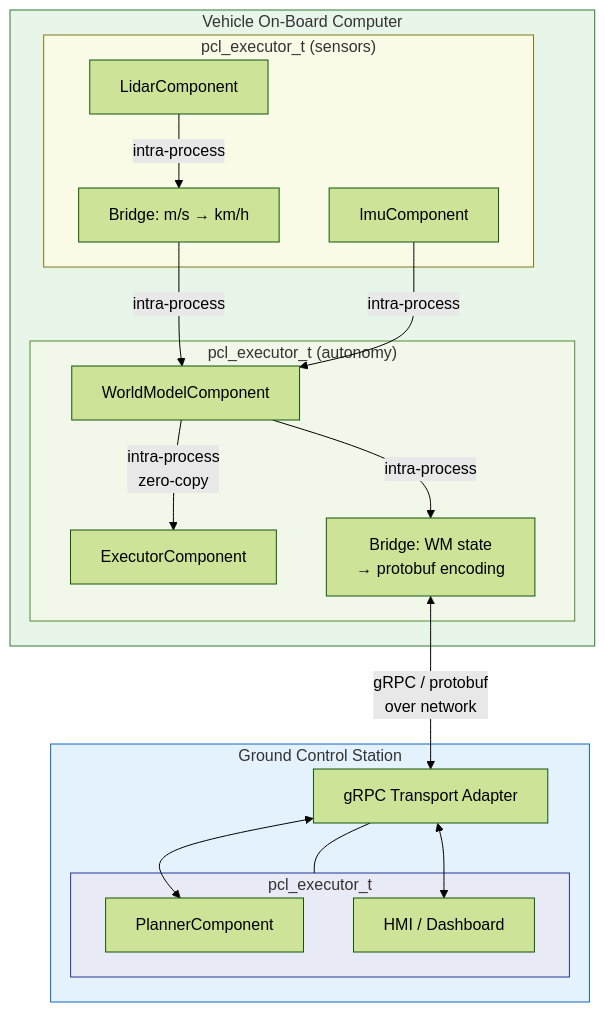
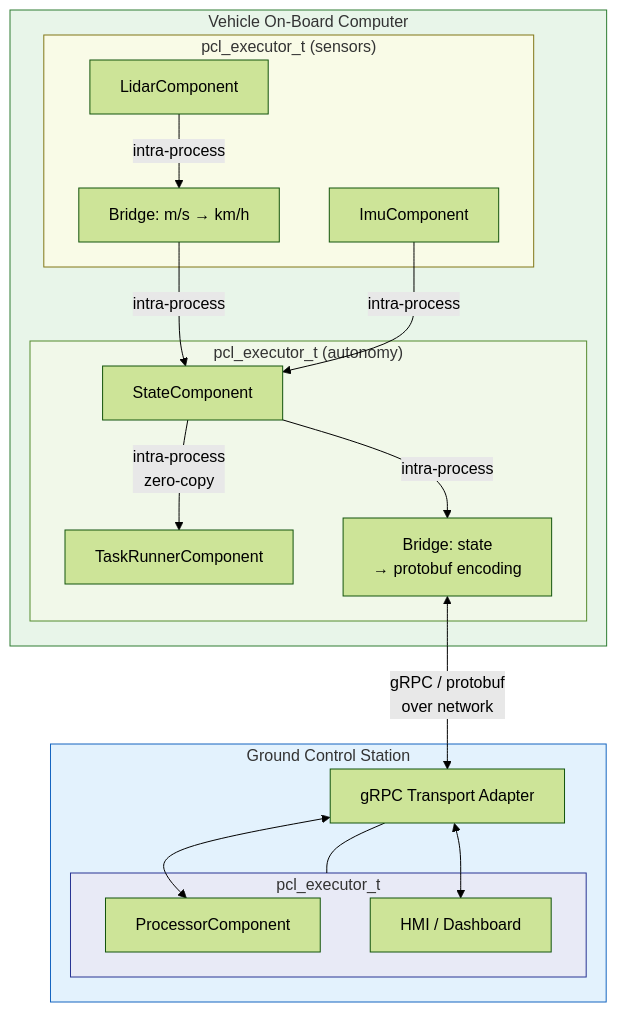
One commit to Ackoogin/mujin changed the eighth of 11 diagrams in doc/architecture/08-pcl-component-system.md. Above: the diagram before and after it, drawn with Mermaid (forest theme). The commit also changed other lines of this file and 2 other files, not shown here.

````diff
--- a/doc/architecture/08-pcl-component-system.md
+++ b/doc/architecture/08-pcl-component-system.md
@@ -316,41 +338,41 @@
 ```mermaid
 graph TB
   subgraph Vehicle["Vehicle On-Board Computer"]
     subgraph ExecA["pcl_executor_t (autonomy)"]
-      WMC3["WorldModelComponent"]
-      EC3["ExecutorComponent"]
-      BRIDGE_OUT["Bridge: WM state<br/>→ protobuf encoding"]
+      CA3["StateComponent"]
+      CC3["TaskRunnerComponent"]
+      BRIDGE_OUT["Bridge: state<br/>→ protobuf encoding"]
     end
 
     subgraph ExecS["pcl_executor_t (sensors)"]
       LIDAR["LidarComponent"]
       IMU["ImuComponent"]
       BRIDGE_UNIT["Bridge: m/s → km/h"]
     end
   end
 
   subgraph GCS["Ground Control Station"]
     subgraph ExecG["pcl_executor_t"]
-      PLAN["PlannerComponent"]
+      PLAN["ProcessorComponent"]
       HMI["HMI / Dashboard"]
     end
     TAG["gRPC Transport Adapter"]
     ExecG --- TAG
   end
 
-  WMC3 -->|"intra-process<br/>zero-copy"| EC3
+  CA3 -->|"intra-process<br/>zero-copy"| CC3
   LIDAR -->|"intra-process"| BRIDGE_UNIT
-  BRIDGE_UNIT -->|"intra-process"| WMC3
-  IMU -->|"intra-process"| WMC3
-  WMC3 -->|"intra-process"| BRIDGE_OUT
+  BRIDGE_UNIT -->|"intra-process"| CA3
+  IMU -->|"intra-process"| CA3
+  CA3 -->|"intra-process"| BRIDGE_OUT
 
   BRIDGE_OUT <-->|"gRPC / protobuf<br/>over network"| TAG
   TAG <--> PLAN
   TAG <--> HMI
 
   style Vehicle fill:#e8f5e9,stroke:#2e7d32
   style GCS fill:#e3f2fd,stroke:#1565c0
   style ExecA fill:#f1f8e9,stroke:#558b2f
   style ExecS fill:#f9fbe7,stroke:#827717
   style ExecG fill:#e8eaf6,stroke:#283593
 ```
````
